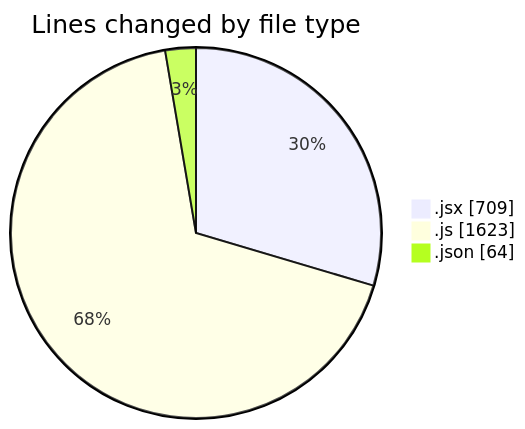
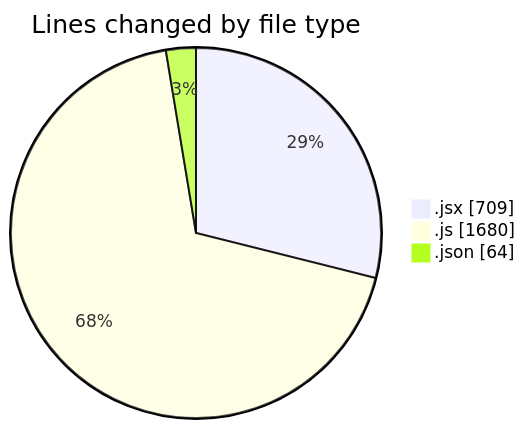
One commit to nxtqubesakshisongat/code-tracking changed the first of 2 diagrams in 2025-11-05/nxtqube_webapp/README.md. Above: the diagram before and after it, drawn with Mermaid. The commit also changed other lines of this file and 1 other file, not shown here.

````diff
--- a/2025-11-05/nxtqube_webapp/README.md
+++ b/2025-11-05/nxtqube_webapp/README.md
@@ -30,7 +30,7 @@
 ```mermaid
 pie showData
 title Lines changed by file type
 ".jsx" : 709
-".js" : 1623
+".js" : 1680
 ".json" : 64
 ```
````
